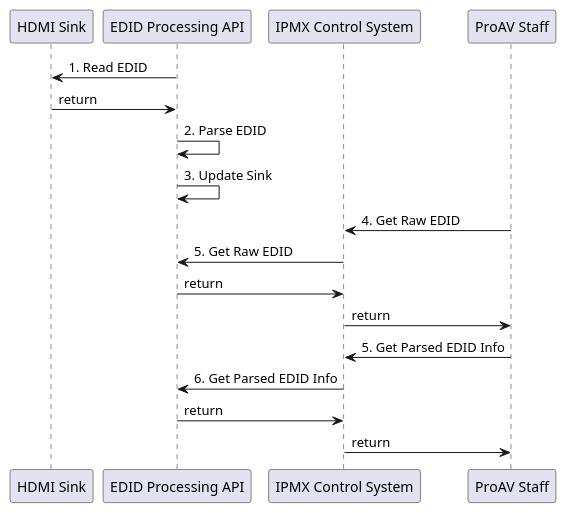
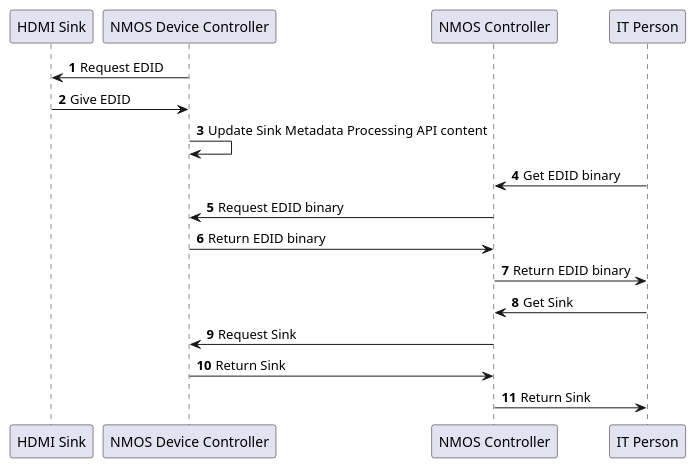
One commit to AMWA-TV/bcp-005-01 changed the diagram in docs/images/puml/edid_retrieving_sequence.puml. Above: the diagram before and after it, drawn with PlantUML. The commit also changed 19 other files, not shown here.

First line of the commit message:
Update language in Architecture document (#45)

```diff
--- a/docs/images/puml/edid_retrieving_sequence.puml
+++ b/docs/images/puml/edid_retrieving_sequence.puml
@@ -1,19 +1,19 @@
 @startuml
+autonumber
 participant "HDMI Sink"
-participant "EDID Processing API"
-participant "IPMX Control System"
-participant "ProAV Staff"
+participant "NMOS Device Controller"
+participant "NMOS Controller"
+participant "IT Person"
 
-"HDMI Sink" <- "EDID Processing API": 1. Read EDID
-"HDMI Sink" -> "EDID Processing API": return
-"EDID Processing API" -> "EDID Processing API": 2. Parse EDID
-"EDID Processing API" -> "EDID Processing API": 3. Update Sink
-"IPMX Control System" <- "ProAV Staff": 4. Get Raw EDID
-"IPMX Control System" -> "EDID Processing API": 5. Get Raw EDID
-"IPMX Control System" <- "EDID Processing API": return
-"IPMX Control System" -> "ProAV Staff": return
-"IPMX Control System" <- "ProAV Staff": 5. Get Parsed EDID Info
-"IPMX Control System" -> "EDID Processing API": 6. Get Parsed EDID Info
-"IPMX Control System" <- "EDID Processing API": return
-"IPMX Control System" -> "ProAV Staff": return
+"HDMI Sink" <- "NMOS Device Controller": Request EDID
+"HDMI Sink" -> "NMOS Device Controller": Give EDID
+"NMOS Device Controller" -> "NMOS Device Controller": Update Sink Metadata Processing API content
+"NMOS Controller" <- "IT Person": Get EDID binary
+"NMOS Controller" -> "NMOS Device Controller": Request EDID binary
+"NMOS Controller" <- "NMOS Device Controller": Return EDID binary
+"NMOS Controller" -> "IT Person": Return EDID binary
+"NMOS Controller" <- "IT Person": Get Sink
+"NMOS Controller" -> "NMOS Device Controller": Request Sink
+"NMOS Controller" <- "NMOS Device Controller": Return Sink
+"NMOS Controller" -> "IT Person": Return Sink
 @enduml
```
